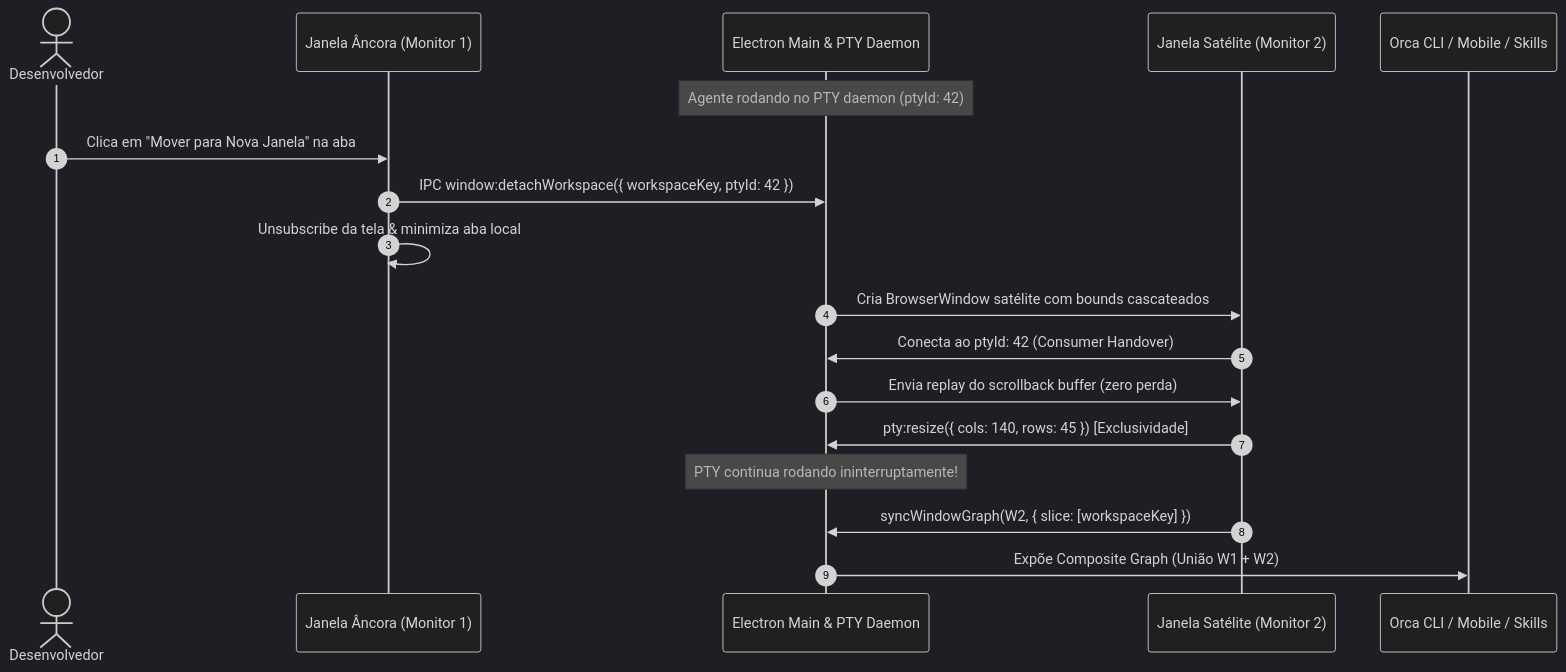
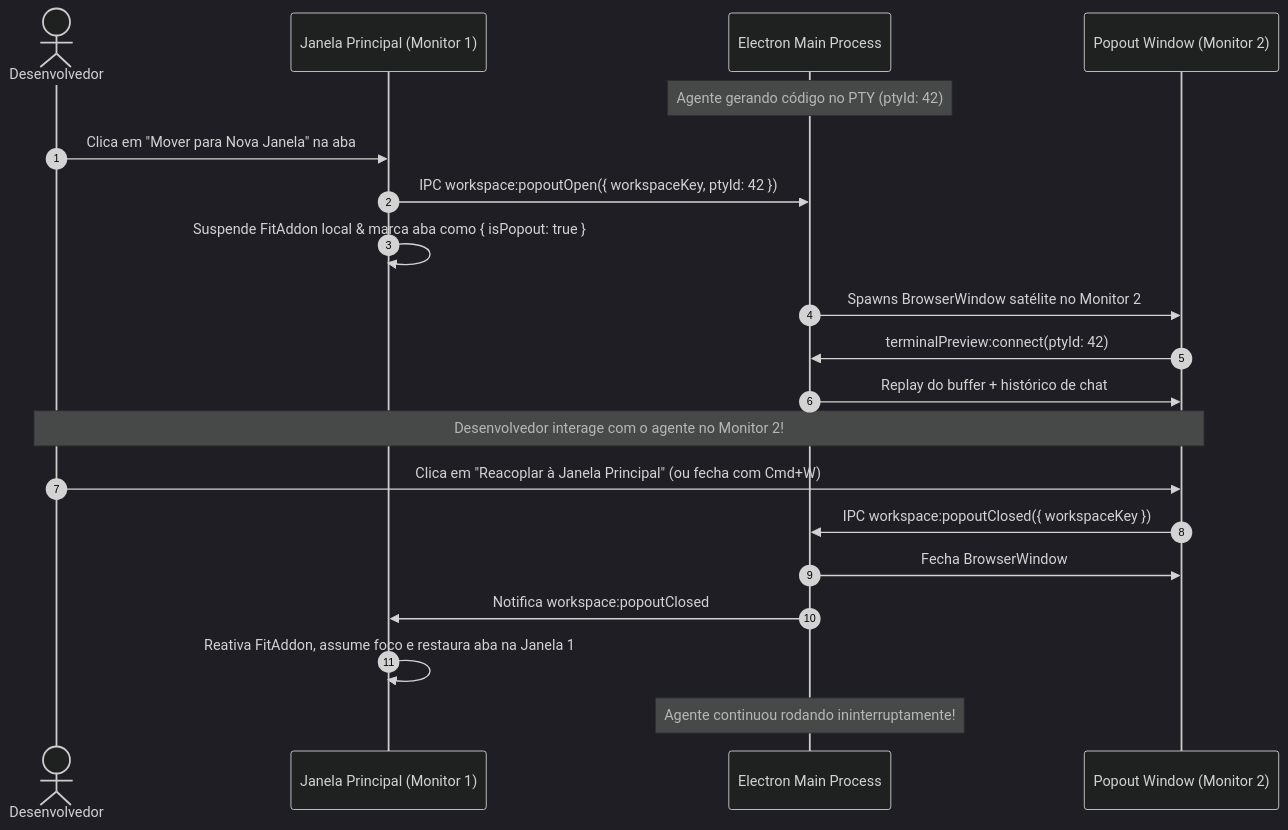
Before and after one commit to stablyai/orca: the second of 2 diagrams in openspec/changes/orca-multi-window/design.md, drawn with Mermaid (dark theme). The commit also changed other lines of this file and 3 other files, not shown here.

Commit message:
docs(spec): seal multi-window spec with 4-pass verification and workspace popout window architecture

````diff
--- a/openspec/changes/orca-multi-window/design.md
+++ b/openspec/changes/orca-multi-window/design.md
@@ -7,21 +65,23 @@
 ```mermaid
 sequenceDiagram
     autonumber
-    actor User as Desenvolvedor
-    participant W1 as Janela Âncora (Monitor 1)
-    participant Main as Electron Main & PTY Daemon
-    participant W2 as Janela Satélite (Monitor 2)
-    participant Ext as Orca CLI / Mobile / Skills
+    actor Dev as Desenvolvedor
+    participant W1 as Janela Principal (Monitor 1)
+    participant Main as Electron Main Process
+    participant W2 as Popout Window (Monitor 2)
 
-    Note over Main: Agente rodando no PTY daemon (ptyId: 42)
-    User->>W1: Clica em "Mover para Nova Janela" na aba
-    W1->>Main: IPC window:detachWorkspace({ workspaceKey, ptyId: 42 })
-    W1->>W1: Unsubscribe da tela & minimiza aba local
-    Main->>W2: Cria BrowserWindow satélite com bounds cascateados
-    W2->>Main: Conecta ao ptyId: 42 (Consumer Handover)
-    Main->>W2: Envia replay do scrollback buffer (zero perda)
-    W2->>Main: pty:resize({ cols: 140, rows: 45 }) [Exclusividade]
-    Note over Main: PTY continua rodando ininterruptamente!
-    W2->>Main: syncWindowGraph(W2, { slice: [workspaceKey] })
-    Main->>Ext: Expõe Composite Graph (União W1 + W2)
+    Note over Main: Agente gerando código no PTY (ptyId: 42)
+    Dev->>W1: Clica em "Mover para Nova Janela" na aba
+    W1->>Main: IPC workspace:popoutOpen({ workspaceKey, ptyId: 42 })
+    W1->>W1: Suspende FitAddon local & marca aba como { isPopout: true }
+    Main->>W2: Spawns BrowserWindow satélite no Monitor 2
+    W2->>Main: terminalPreview:connect(ptyId: 42)
+    Main->>W2: Replay do buffer + histórico de chat
+    Note over Dev,W2: Desenvolvedor interage com o agente no Monitor 2!
+    Dev->>W2: Clica em "Reacoplar à Janela Principal" (ou fecha com Cmd+W)
+    W2->>Main: IPC workspace:popoutClosed({ workspaceKey })
+    Main->>W2: Fecha BrowserWindow
+    Main->>W1: Notifica workspace:popoutClosed
+    W1->>W1: Reativa FitAddon, assume foco e restaura aba na Janela 1
+    Note over Main: Agente continuou rodando ininterruptamente!
 ```
````
